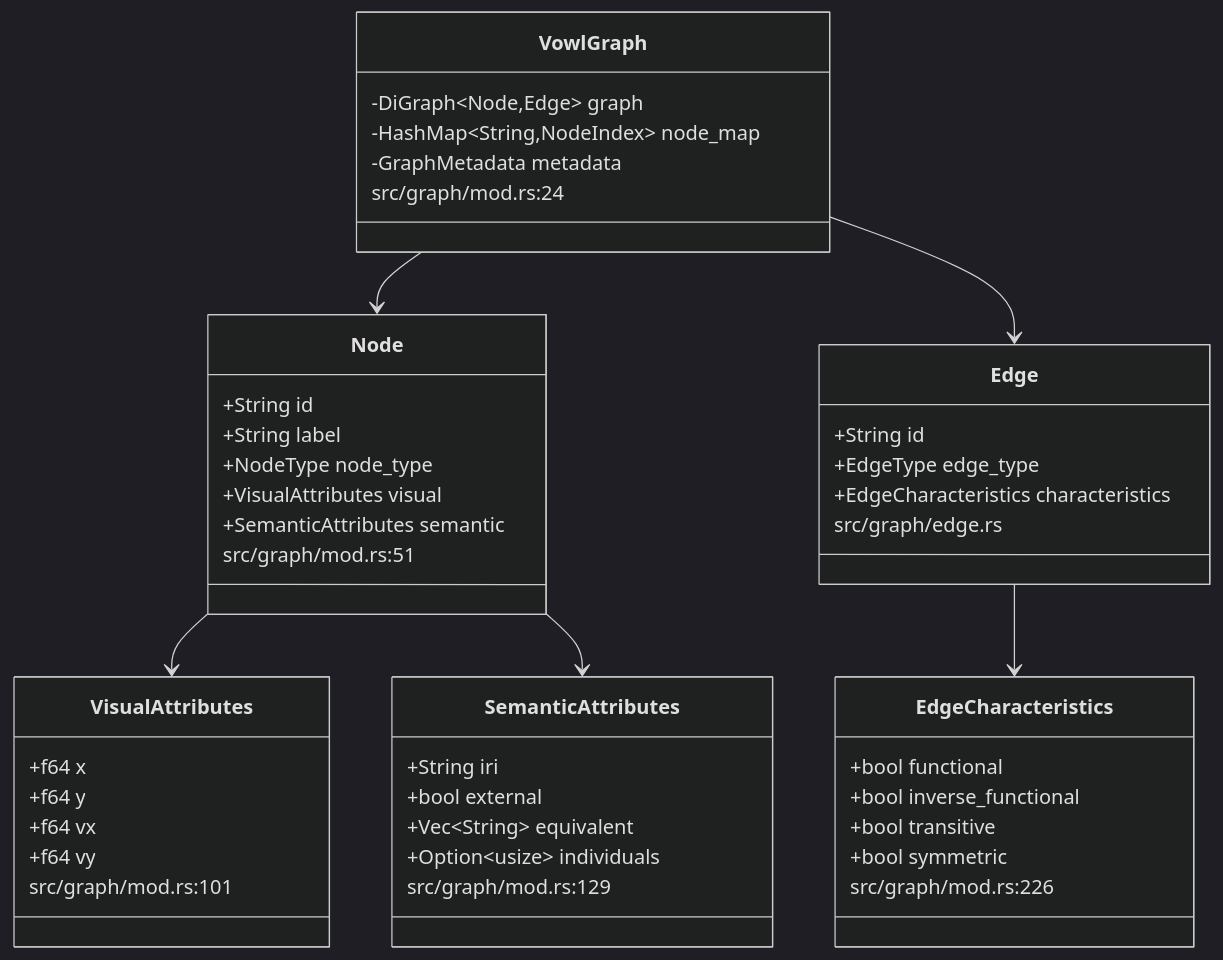
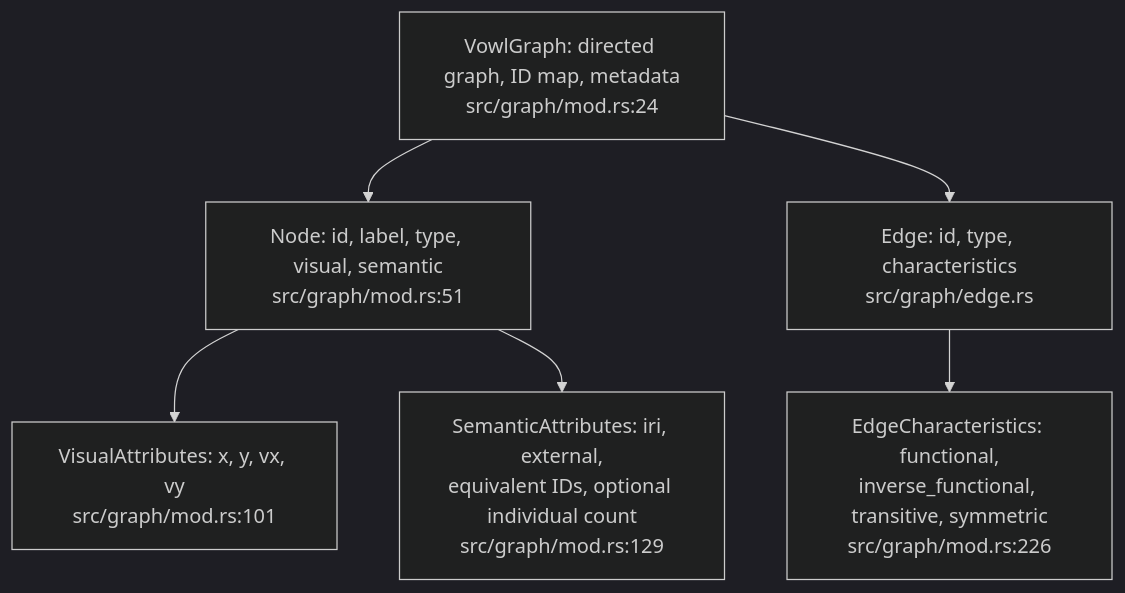
One commit to DreamLab-AI/VisionFlow changed the fourth of 5 diagrams in docs/diagrams/vowl-wasm/02-owl-parse-to-graph-model.md. Above: the diagram before and after it, drawn with Mermaid (dark theme). The commit also changed other lines of this file and 35 other files, not shown here.

````diff
--- a/docs/diagrams/vowl-wasm/02-owl-parse-to-graph-model.md
+++ b/docs/diagrams/vowl-wasm/02-owl-parse-to-graph-model.md
@@ -82,49 +86,8 @@
 ```mermaid
-classDiagram
-    class VowlGraph {
-        -DiGraph~Node,Edge~ graph
-        -HashMap~String,NodeIndex~ node_map
-        -GraphMetadata metadata
-        src/graph/mod.rs:24
-    }
-    class Node {
-        +String id
-        +String label
-        +NodeType node_type
-        +VisualAttributes visual
-        +SemanticAttributes semantic
-        src/graph/mod.rs:51
-    }
-    class VisualAttributes {
-        +f64 x
-        +f64 y
-        +f64 vx
-        +f64 vy
-        src/graph/mod.rs:101
-    }
-    class SemanticAttributes {
-        +String iri
-        +bool external
-        +Vec~String~ equivalent
-        +Option~usize~ individuals
-        src/graph/mod.rs:129
-    }
-    class Edge {
-        +String id
-        +EdgeType edge_type
-        +EdgeCharacteristics characteristics
-        src/graph/edge.rs
-    }
-    class EdgeCharacteristics {
-        +bool functional
-        +bool inverse_functional
-        +bool transitive
-        +bool symmetric
-        src/graph/mod.rs:226
-    }
-    VowlGraph --> Node
-    VowlGraph --> Edge
-    Node --> VisualAttributes
-    Node --> SemanticAttributes
-    Edge --> EdgeCharacteristics
+flowchart TB
+    G["VowlGraph: directed graph, ID map, metadata<br/>src/graph/mod.rs:24"] --> N["Node: id, label, type, visual, semantic<br/>src/graph/mod.rs:51"]
+    G --> E["Edge: id, type, characteristics<br/>src/graph/edge.rs"]
+    N --> V["VisualAttributes: x, y, vx, vy<br/>src/graph/mod.rs:101"]
+    N --> S["SemanticAttributes: iri, external,<br/>equivalent IDs, optional individual count<br/>src/graph/mod.rs:129"]
+    E --> C["EdgeCharacteristics: functional,<br/>inverse_functional, transitive, symmetric<br/>src/graph/mod.rs:226"]
 ```
````
